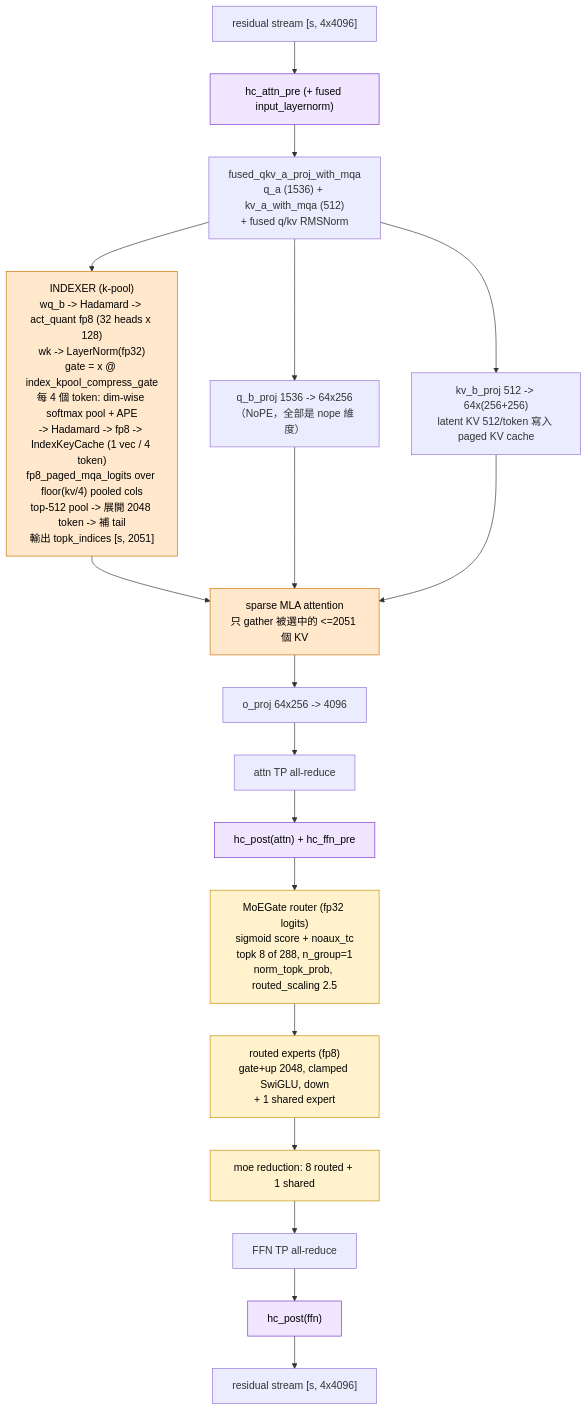
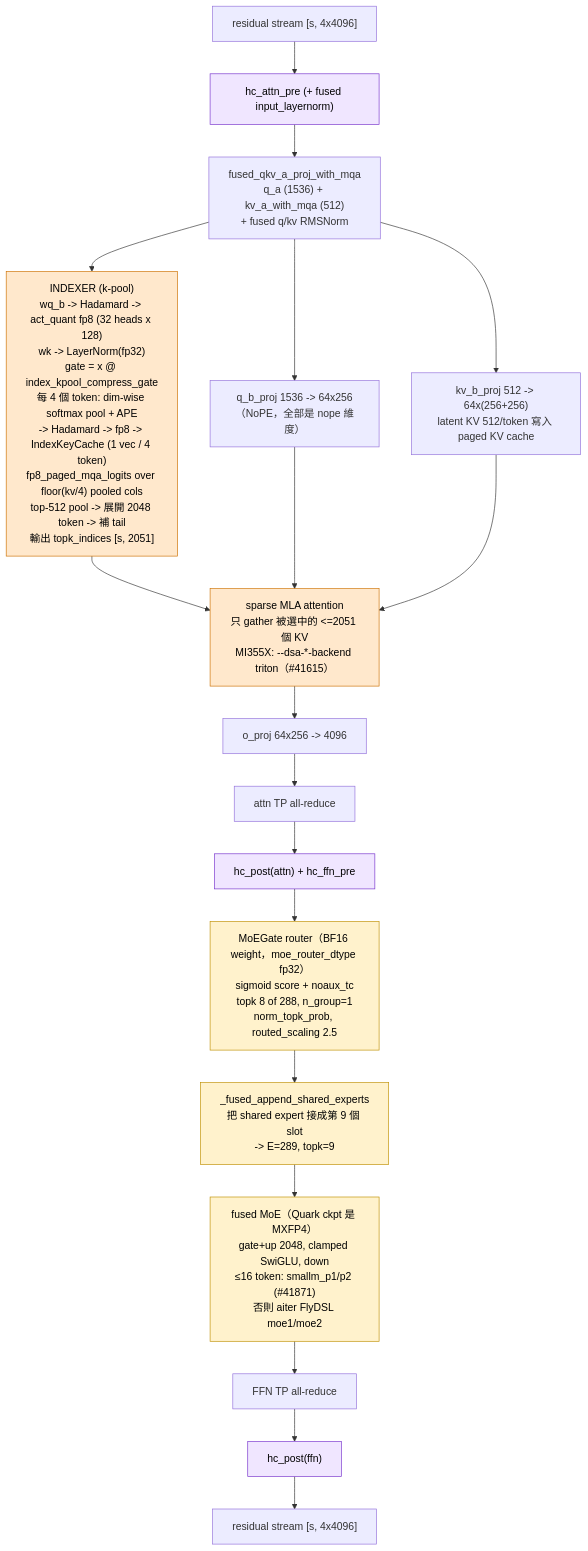
The third of 4 diagrams in GLM5.3-Flash/layer-structure.md (Jacob0226/AgentSkill), drawn with Mermaid before and after one commit. The commit also changed other lines of this file and 5 other files, not shown here.

````diff
--- a/GLM5.3-Flash/layer-structure.md
+++ b/GLM5.3-Flash/layer-structure.md
@@ -82,29 +86,29 @@
 ```mermaid
 flowchart TD
     IN["residual stream [s, 4x4096]"] --> HP1["hc_attn_pre (+ fused input_layernorm)"]
     HP1 --> QA["fused_qkv_a_proj_with_mqa<br/>q_a (1536) + kv_a_with_mqa (512)<br/>+ fused q/kv RMSNorm"]
 
     QA --> QB["q_b_proj 1536 -> 64x256<br/>（NoPE，全部是 nope 維度）"]
     QA --> KVB["kv_b_proj 512 -> 64x(256+256)<br/>latent KV 512/token 寫入 paged KV cache"]
 
     QA --> IDX["INDEXER (k-pool)<br/>wq_b -> Hadamard -> act_quant fp8 (32 heads x 128)<br/>wk -> LayerNorm(fp32)<br/>gate = x @ index_kpool_compress_gate<br/>每 4 個 token: dim-wise softmax pool + APE<br/>-> Hadamard -> fp8 -> IndexKeyCache (1 vec / 4 token)<br/>fp8_paged_mqa_logits over floor(kv/4) pooled cols<br/>top-512 pool -> 展開 2048 token -> 補 tail<br/>輸出 topk_indices [s, 2051]"]
 
-    IDX --> MLA["sparse MLA attention<br/>只 gather 被選中的 <=2051 個 KV"]
+    IDX --> MLA["sparse MLA attention<br/>只 gather 被選中的 <=2051 個 KV<br/>MI355X: --dsa-*-backend triton（#41615）"]
     QB --> MLA
     KVB --> MLA
     MLA --> OP["o_proj 64x256 -> 4096"]
     OP --> AR1["attn TP all-reduce"]
     AR1 --> HQ1["hc_post(attn) + hc_ffn_pre"]
-    HQ1 --> GATE["MoEGate router (fp32 logits)<br/>sigmoid score + noaux_tc<br/>topk 8 of 288, n_group=1<br/>norm_topk_prob, routed_scaling 2.5"]
-    GATE --> EXP["routed experts (fp8)<br/>gate+up 2048, clamped SwiGLU, down<br/>+ 1 shared expert"]
-    EXP --> RED["moe reduction: 8 routed + 1 shared"]
-    RED --> AR2["FFN TP all-reduce"]
+    HQ1 --> GATE["MoEGate router（BF16 weight，moe_router_dtype fp32）<br/>sigmoid score + noaux_tc<br/>topk 8 of 288, n_group=1<br/>norm_topk_prob, routed_scaling 2.5"]
+    GATE --> APP["_fused_append_shared_experts<br/>把 shared expert 接成第 9 個 slot<br/>-> E=289, topk=9"]
+    APP --> EXP["fused MoE（Quark ckpt 是 MXFP4）<br/>gate+up 2048, clamped SwiGLU, down<br/>≤16 token: smallm_p1/p2 (#41871)<br/>否則 aiter FlyDSL moe1/moe2"]
+    EXP --> AR2["FFN TP all-reduce"]
     AR2 --> HQ2["hc_post(ffn)"] --> OUT["residual stream [s, 4x4096]"]
 
     classDef hc fill:#f0e6ff,stroke:#7733cc,color:#000
     classDef dsa fill:#ffe8cc,stroke:#cc7000,color:#000
     classDef ffn fill:#fff2cc,stroke:#bf9000,color:#000
     class HP1,HQ1,HQ2 hc
     class IDX,MLA dsa
-    class GATE,EXP,RED ffn
+    class GATE,APP,EXP ffn
 ```
````
